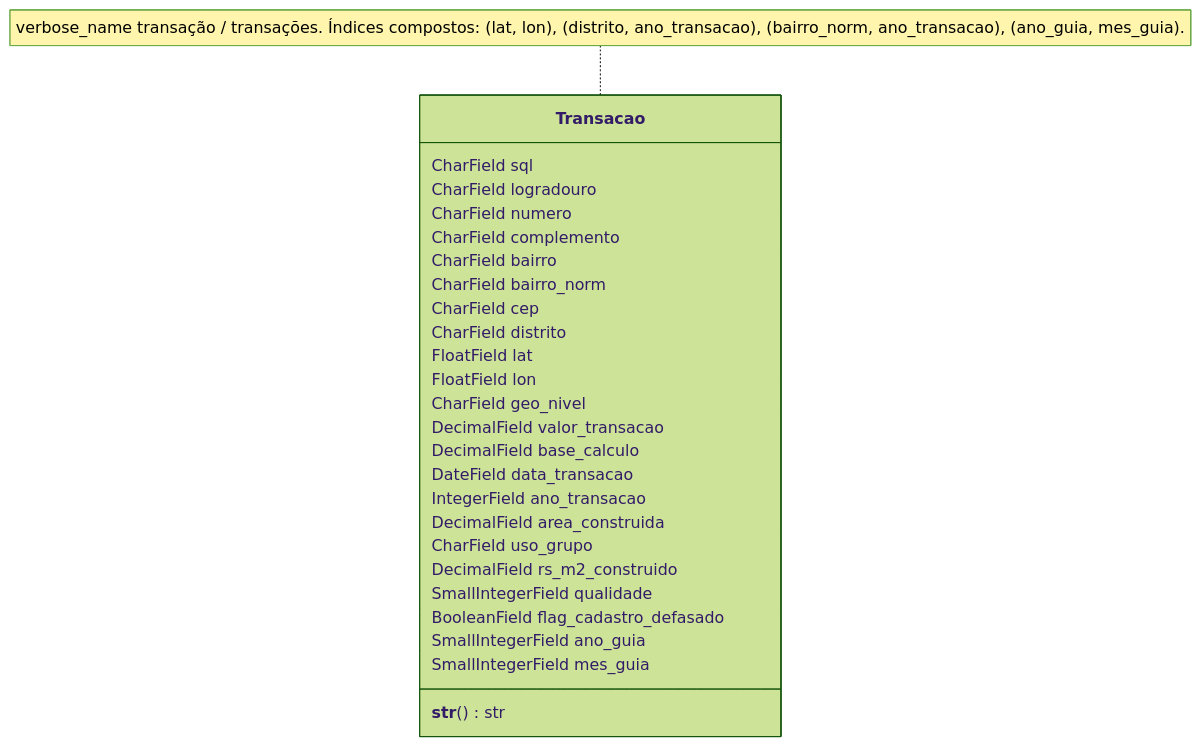
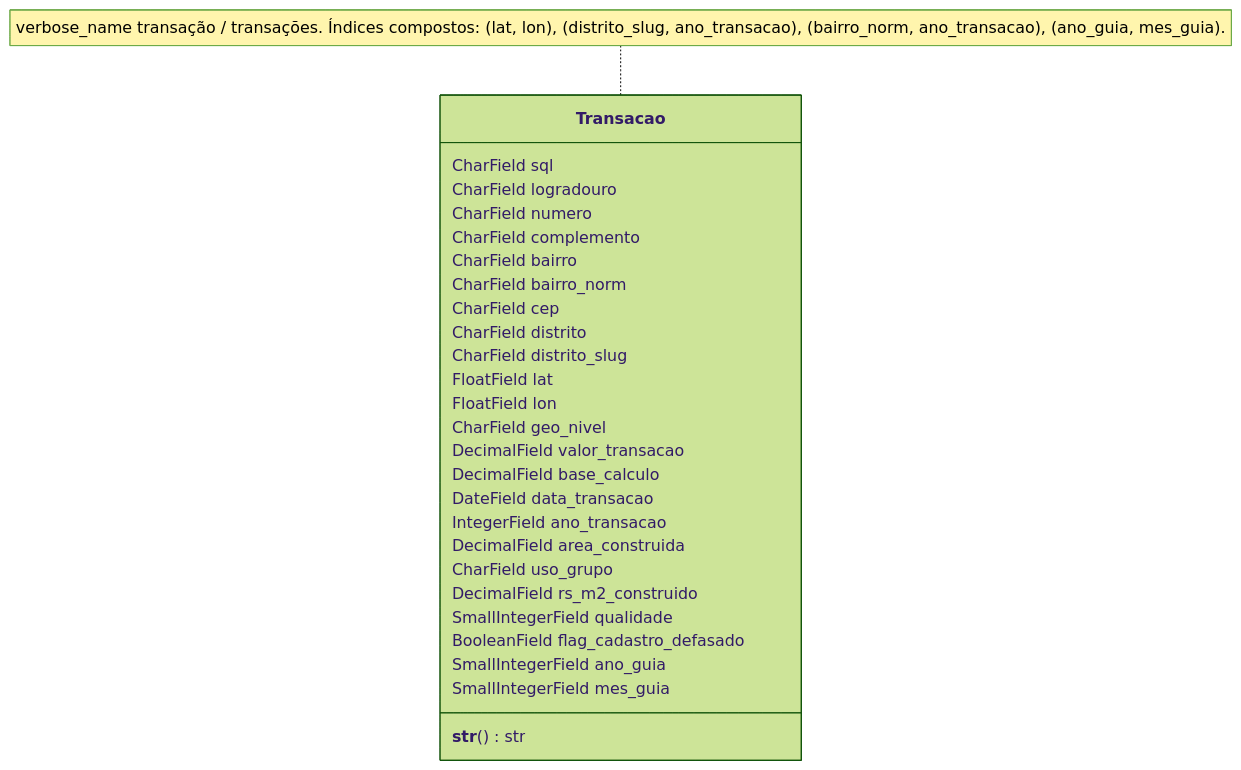
One commit to patrick-univesp/projeto-integrador-2-radarmoradiasp changed the sixth of 6 diagrams in docs/modelo-transacao.md. Above: the diagram before and after it, drawn with Mermaid (forest theme). The commit also changed other lines of this file and 3 other files, not shown here.

First line of the commit message:
docs: geo não usa CEP, distrito_slug no esquema, lacuna da reconciliação

````diff
--- a/docs/modelo-transacao.md
+++ b/docs/modelo-transacao.md
@@ -228,29 +234,30 @@
 ```mermaid
 classDiagram
     class Transacao {
         CharField sql
         CharField logradouro
         CharField numero
         CharField complemento
         CharField bairro
         CharField bairro_norm
         CharField cep
         CharField distrito
+        CharField distrito_slug
         FloatField lat
         FloatField lon
         CharField geo_nivel
         DecimalField valor_transacao
         DecimalField base_calculo
         DateField data_transacao
         IntegerField ano_transacao
         DecimalField area_construida
         CharField uso_grupo
         DecimalField rs_m2_construido
         SmallIntegerField qualidade
         BooleanField flag_cadastro_defasado
         SmallIntegerField ano_guia
         SmallIntegerField mes_guia
         __str__() str
     }
-    note for Transacao "verbose_name transação / transações. Índices compostos: (lat, lon), (distrito, ano_transacao), (bairro_norm, ano_transacao), (ano_guia, mes_guia)."
+    note for Transacao "verbose_name transação / transações. Índices compostos: (lat, lon), (distrito_slug, ano_transacao), (bairro_norm, ano_transacao), (ano_guia, mes_guia)."
 ```
````
